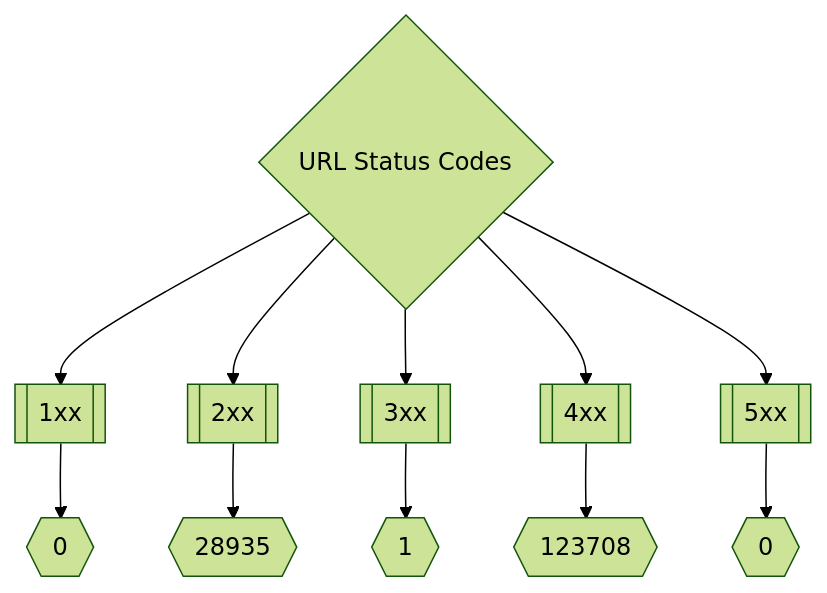
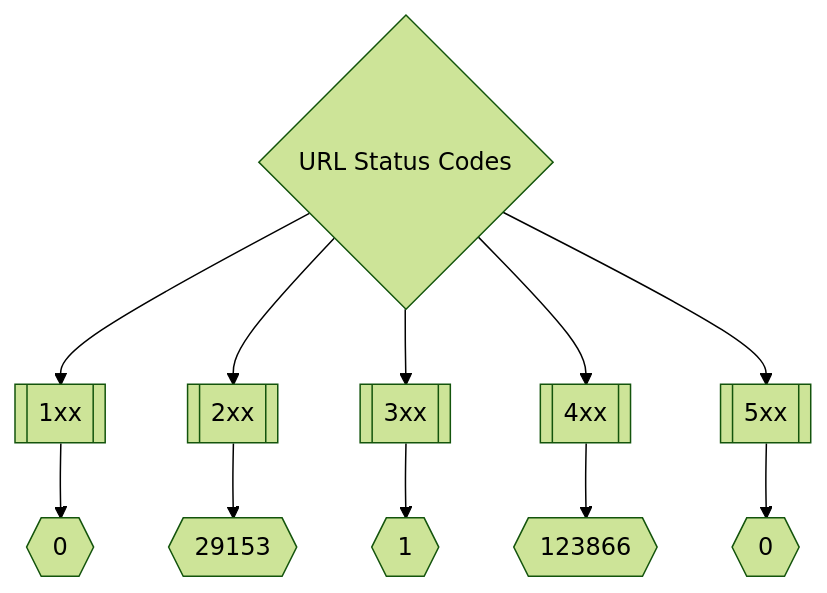
The second of 3 diagrams in README.md (trickest/inventory), drawn with Mermaid (forest theme) before and after one commit. The commit also changed other lines of this file and 102 other files, not shown here.

````diff
--- a/README.md
+++ b/README.md
@@ -173,8 +173,8 @@
 ```mermaid
 graph TD
 title{URL Status Codes} --> 1xx[[1xx]] --> status1xxNum{{0}}
-title --> 2xx[[2xx]] --> status2xxNum{{28935}}
+title --> 2xx[[2xx]] --> status2xxNum{{29153}}
 title --> 3xx[[3xx]] --> status3xxNum{{1}}
-title --> 4xx[[4xx]] --> status4xxNum{{123708}}
+title --> 4xx[[4xx]] --> status4xxNum{{123866}}
 title --> 5xx[[5xx]] --> status5xxNum{{0}}
 ```
````
